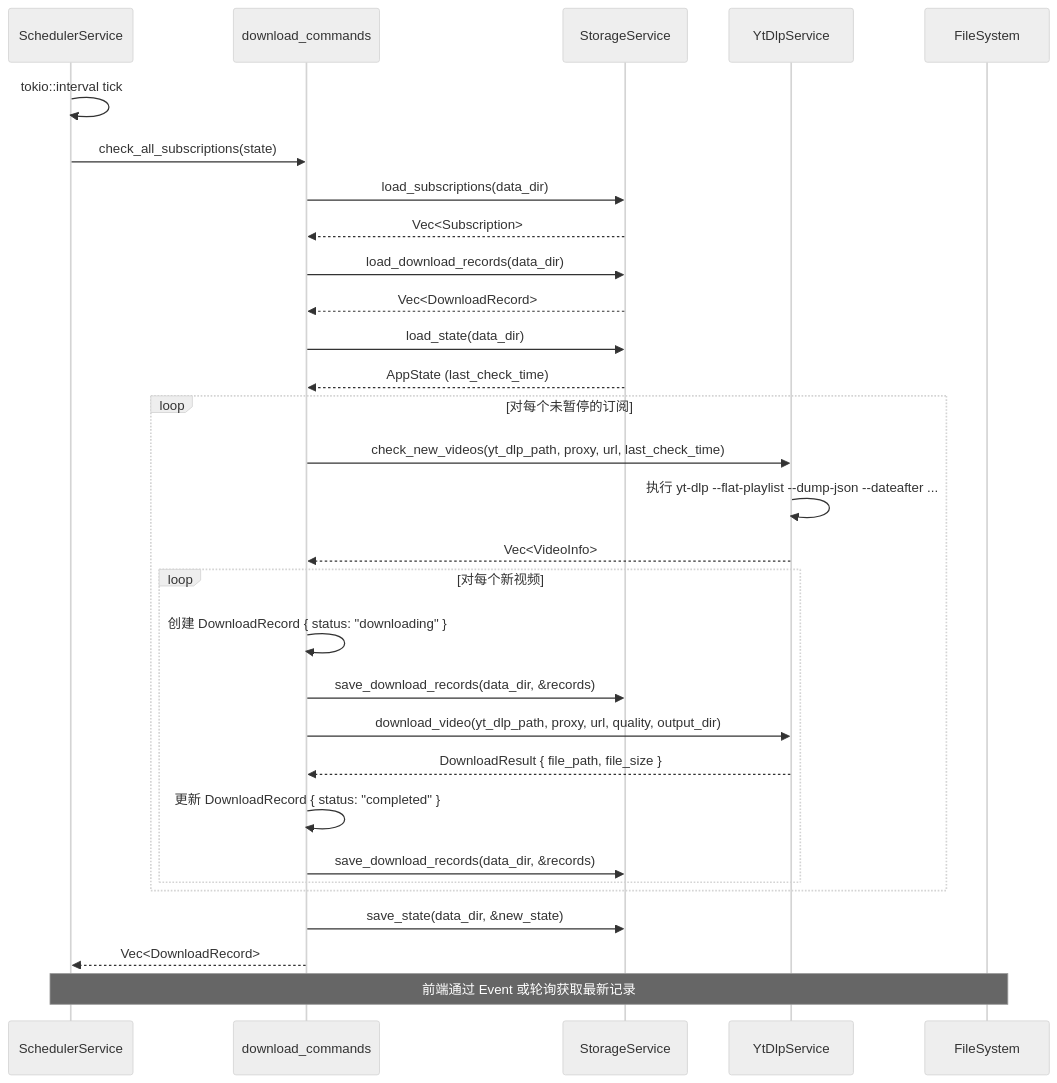
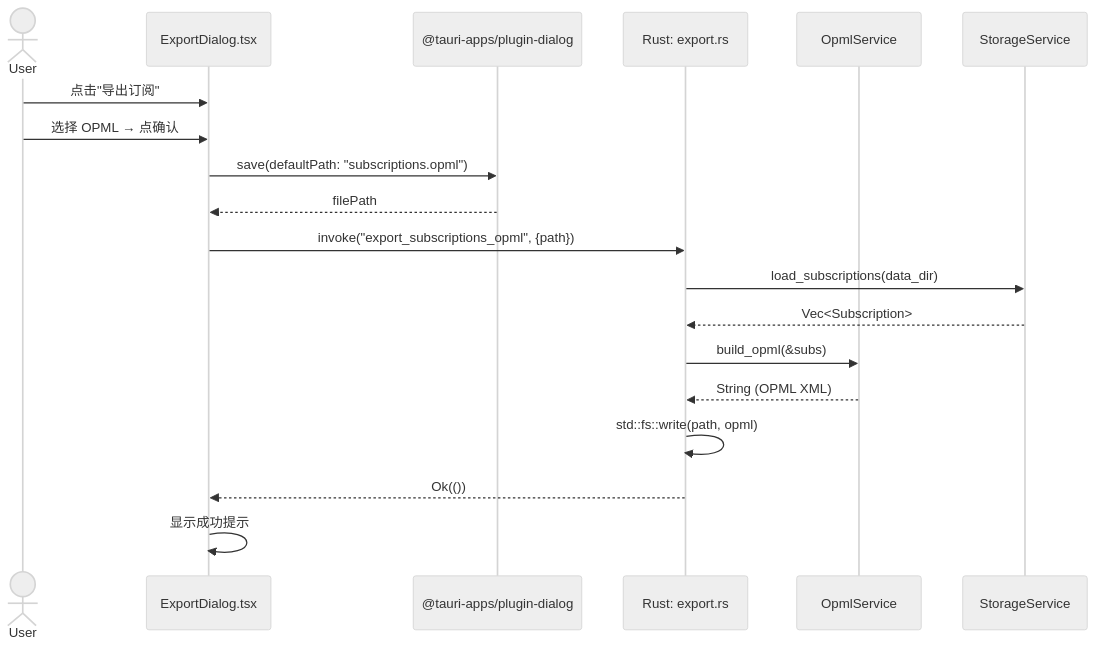
One commit to yysfire/yt-dlp-gui changed the third of 7 diagrams in docs/system_design.md. Above: the diagram before and after it, drawn with Mermaid (neutral theme). The commit also changed other lines of this file and 27 other files, not shown here.

````diff
--- a/docs/system_design.md
+++ b/docs/system_design.md
@@ -492,36 +244,22 @@
 ```mermaid
 sequenceDiagram
-    participant Scheduler as SchedulerService
-    participant Cmd as download_commands
+    actor User
+    participant ExportDialog as ExportDialog.tsx
+    participant Dialog as @tauri-apps/plugin-dialog
+    participant Tauri as Rust: export.rs
+    participant Opml as OpmlService
     participant Storage as StorageService
-    participant YtDlp as YtDlpService
-    participant FS as FileSystem
 
-    Scheduler->>Scheduler: tokio::interval tick
-    Scheduler->>Cmd: check_all_subscriptions(state)
-    Cmd->>Storage: load_subscriptions(data_dir)
-    Storage-->>Cmd: Vec<Subscription>
-    Cmd->>Storage: load_download_records(data_dir)
-    Storage-->>Cmd: Vec<DownloadRecord>
-    Cmd->>Storage: load_state(data_dir)
-    Storage-->>Cmd: AppState (last_check_time)
-
-    loop 对每个未暂停的订阅
-        Cmd->>YtDlp: check_new_videos(yt_dlp_path, proxy, url, last_check_time)
-        YtDlp->>YtDlp: 执行 yt-dlp --flat-playlist --dump-json --dateafter ...
-        YtDlp-->>Cmd: Vec<VideoInfo>
-        loop 对每个新视频
-            Cmd->>Cmd: 创建 DownloadRecord { status: "downloading" }
-            Cmd->>Storage: save_download_records(data_dir, &records)
-            Cmd->>YtDlp: download_video(yt_dlp_path, proxy, url, quality, output_dir)
-            YtDlp-->>Cmd: DownloadResult { file_path, file_size }
-            Cmd->>Cmd: 更新 DownloadRecord { status: "completed" }
-            Cmd->>Storage: save_download_records(data_dir, &records)
-        end
-    end
-
-    Cmd->>Storage: save_state(data_dir, &new_state)
-    Cmd-->>Scheduler: Vec<DownloadRecord>
-
-    Note over Scheduler,FS: 前端通过 Event 或轮询获取最新记录
+    User->>ExportDialog: 点击"导出订阅"
+    User->>ExportDialog: 选择 OPML → 点确认
+    ExportDialog->>Dialog: save(defaultPath: "subscriptions.opml")
+    Dialog-->>ExportDialog: filePath
+    ExportDialog->>Tauri: invoke("export_subscriptions_opml", {path})
+    Tauri->>Storage: load_subscriptions(data_dir)
+    Storage-->>Tauri: Vec<Subscription>
+    Tauri->>Opml: build_opml(&subs)
+    Opml-->>Tauri: String (OPML XML)
+    Tauri->>Tauri: std::fs::write(path, opml)
+    Tauri-->>ExportDialog: Ok(())
+    ExportDialog->>ExportDialog: 显示成功提示
 ```
````
